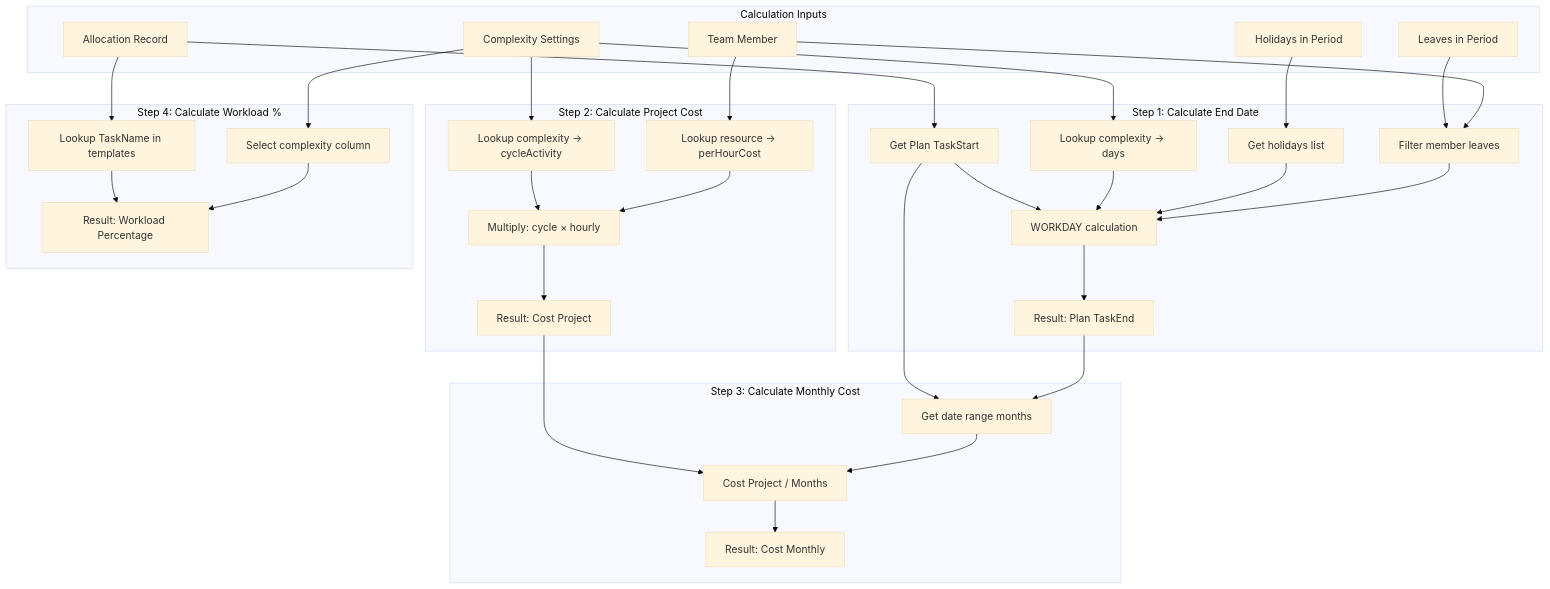
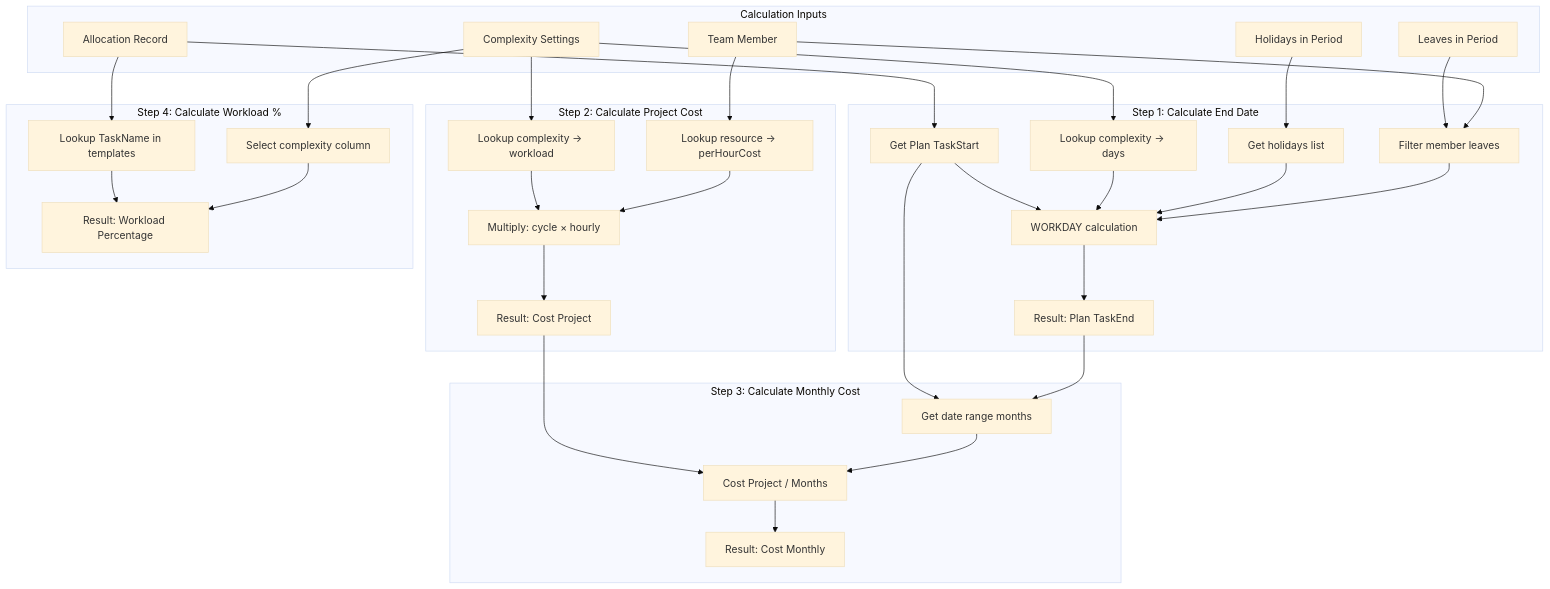
Before and after one commit to yoshiafk/workload-management: the sixth of 10 diagrams in docs/ARCHITECTURE.md, drawn with Mermaid (base theme). The commit also changed other lines of this file and 23 other files, not shown here.

````diff
--- a/docs/ARCHITECTURE.md
+++ b/docs/ARCHITECTURE.md
@@ -371,66 +371,66 @@
 ```mermaid
 flowchart TB
     subgraph Inputs["Calculation Inputs"]
         A[Allocation Record]
         M[Team Member]
         H[Holidays in Period]
         L[Leaves in Period]
         CX[Complexity Settings]
     end
     
     subgraph Step1["Step 1: Calculate End Date"]
         S1A["Get Plan TaskStart"]
         S1B["Lookup complexity → days"]
         S1C["Get holidays list"]
         S1D["Filter member leaves"]
         S1E["WORKDAY calculation"]
         S1F["Result: Plan TaskEnd"]
     end
     
     subgraph Step2["Step 2: Calculate Project Cost"]
-        S2A["Lookup complexity → cycleActivity"]
+        S2A["Lookup complexity → workload"]
         S2B["Lookup resource → perHourCost"]
         S2C["Multiply: cycle × hourly"]
         S2D["Result: Cost Project"]
     end
     
     subgraph Step3["Step 3: Calculate Monthly Cost"]
         S3A["Get date range months"]
         S3B["Cost Project / Months"]
         S3C["Result: Cost Monthly"]
     end
     
     subgraph Step4["Step 4: Calculate Workload %"]
         S4A["Lookup TaskName in templates"]
         S4B["Select complexity column"]
         S4C["Result: Workload Percentage"]
     end
     
     A --> S1A
     CX --> S1B
     H --> S1C
     L --> S1D
     M --> S1D
     S1A --> S1E
     S1B --> S1E
     S1C --> S1E
     S1D --> S1E
     S1E --> S1F
     
     CX --> S2A
     M --> S2B
     S2A --> S2C
     S2B --> S2C
     S2C --> S2D
     
     S1A --> S3A
     S1F --> S3A
     S2D --> S3B
     S3A --> S3B
     S3B --> S3C
     
     A --> S4A
     CX --> S4B
     S4A --> S4C
     S4B --> S4C
 ```
````
